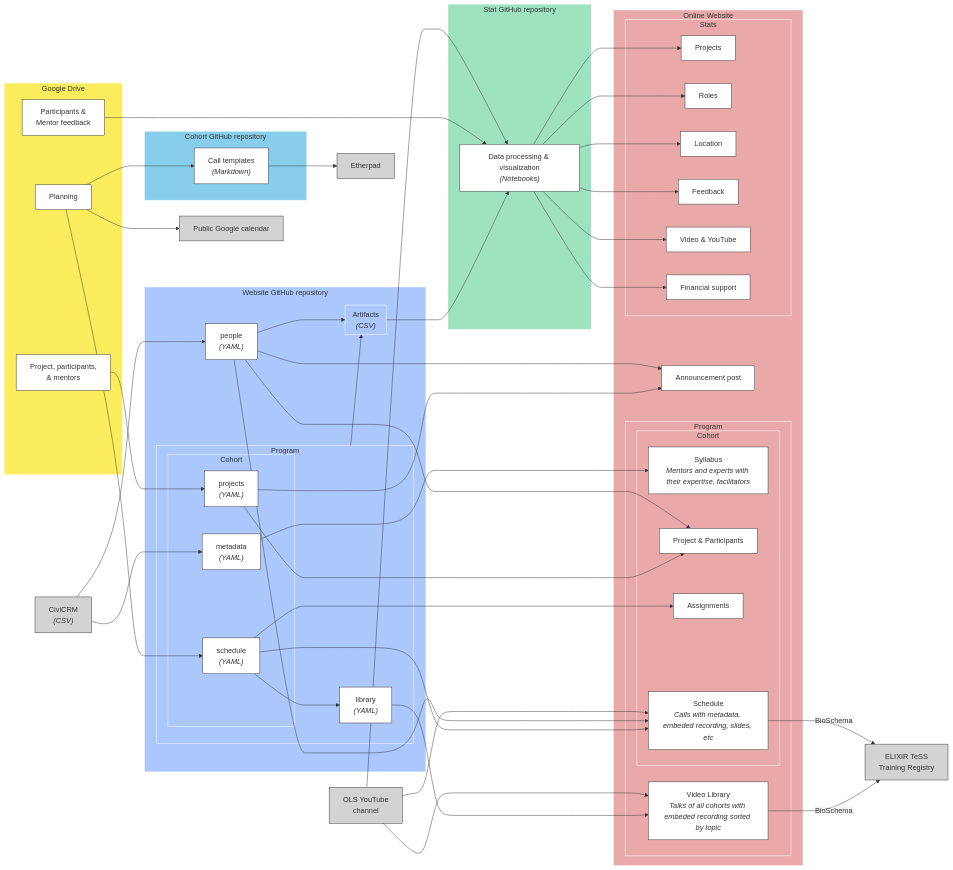
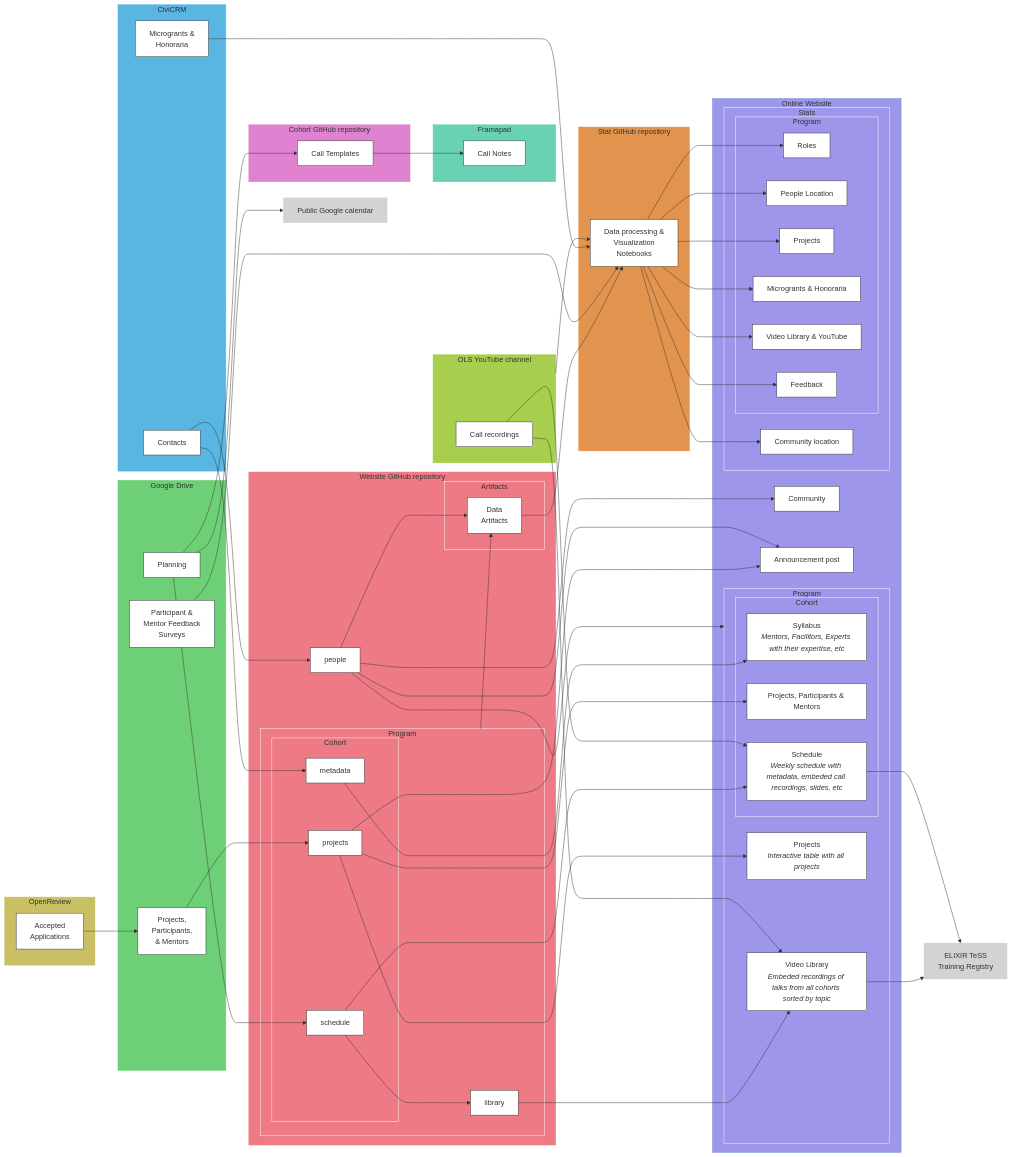
One commit to open-life-science/open-life-science.github.io changed the third of 4 diagrams in knowledge_management.md. Above: the diagram before and after it, drawn with Mermaid. The commit also changed other lines of this file, not shown here.

Commit message:
Update title levels and KMS schemas

```diff
--- a/knowledge_management.md
+++ b/knowledge_management.md
@@ -191,116 +191,141 @@
 
 flowchart LR
     classDef cohort fill:#fff,stroke:#333
-    classDef nonCohort fill:#d3d3d3,stroke:#333
+    classDef nonCohort fill:#d3d3d3,stroke:#d3d3d3
 
-    civiPeople["`CiviCRM 
-    *(CSV)*`"]:::nonCohort
-    etherpad["`Etherpad`"]:::nonCohort
     teSS["`ELIXIR TeSS 
     Training Registry`"]:::nonCohort
-    youtube["`OLS YouTube 
-    channel`"]:::nonCohort
     calendar["Public Google calendar"]:::nonCohort
 
+    subgraph openReview["`OpenReview`"]
+        applications["`Accepted
+        Applications`"]:::cohort
+    end
+    style openReview fill:#c9c065,stroke:#c9c065
+
+    subgraph civi["CiviCRM"]
+        micrograntHonorariaCivi["`Microgrants & 
+        Honoraria`"]:::cohort
+        peopleCivi["Contacts"]:::cohort
+    end
+    style civi fill:#59b5e2,stroke:#59b5e2
+
     subgraph drive["Google Drive"]
-        participantSheet["`Project, participants, 
-        & mentors`"]:::cohort
+        participantSheet["`Projects, 
+        Participants, 
+        & Mentors`"]:::cohort
         planningSheet["Planning"]:::cohort
-        feedbackCSV["`Participants & 
-        Mentor feedback`"]:::cohort
+        feedbackCSV["`Participant &
+        Mentor Feedback
+        Surveys`"]:::cohort
     end
-    style drive fill:#fbec5d,stroke:#fbec5d
+    style drive fill:#6dd076,stroke:#6dd076
 
     subgraph github["Website GitHub repository"]
-        peopleYAML["`people 
-        *(YAML)*`"]:::cohort
+        peopleYAML["people"]:::cohort
         subgraph githubProgram["Program"]
-            libraryYAML["`library 
-            *(YAML)*`"]:::cohort
+            libraryYAML["library"]:::cohort
             subgraph githubCohort["Cohort"]
-                projectYAML["`projects 
-                *(YAML)*`"]:::cohort
-                scheduleYAML["`schedule 
-                *(YAML)*`"]:::cohort
-                metadataYAML["`metadata 
-                *(YAML)*`"]:::cohort
+                projectYAML["projects"]:::cohort
+                scheduleYAML["schedule"]:::cohort
+                metadataYAML["metadata"]:::cohort
             end
-            style githubCohort fill:#abc7fb,stroke:#fff
+            style githubCohort fill:#ed7a84,stroke:#fff
         end
-        style githubProgram fill:#abc7fb,stroke:#fff
-        subgraph artifact["`Artifacts
-        *(CSV)*`"]
+        style githubProgram fill:#ed7a84,stroke:#fff
+        subgraph artifact["Artifacts"]
+            artifactCSV["`Data
+            Artifacts`"]:::cohort
         end
-        style artifact fill:#abc7fb,stroke:#fff
+        style artifact fill:#ed7a84,stroke:#fff
     end
-    style github fill:#abc7fb,stroke:#abc7fb
+    style github fill:#ed7a84,stroke:#ed7a84
 
     subgraph cohortGithub["Cohort GitHub repository"]
-        callTemplates["`Call templates 
-        *(Markdown)*`"]:::cohort
+        callTemplates["Call Templates"]:::cohort
     end
-    style cohortGithub fill:#87ceeb,stroke:#87ceeb
+    style cohortGithub fill:#df82d0,stroke:#df82d0
+
+    subgraph etherpad["`Framapad`"]
+        callNotes["Call Notes"]:::cohort
+    end
+    style etherpad fill:#69d2b4,stroke:#69d2b4
 
     subgraph statGithub["Stat GitHub repository"]
-        notebooks["`Data processing & visualization
-        *(Notebooks)*`"]:::cohort
+        notebooks["`Data processing & 
+        Visualization
+        Notebooks`"]:::cohort
     end
-    style statGithub fill:#9fe2bf,stroke:#9fe2bf
+    style statGithub fill:#e2944e,stroke:#e2944e
+
+    subgraph youtube["`OLS YouTube channel`"]
+        recording["Call recordings"]:::cohort
+    end
+    style youtube fill:#a7cf4d,stroke:#a7cf4d
 
     subgraph website["Online Website"]
+        communityHTML["Community"]:::cohort
+        style websiteProgram fill:#9d96ea,stroke:#fff
         postHTML["`Announcement post`"]:::cohort
         subgraph websiteProgram["Program"]
             libraryHTML["`Video Library
-            _Talks of all cohorts with embeded recording sorted by topic_`"]:::cohort
+            _Embeded recordings of talks from all cohorts sorted by topic_`"]:::cohort
+            allProjectHTML["`Projects
+            _Interactive table with all projects_`"]:::cohort
             subgraph websiteCohort["Cohort"]
                 syllabusHTML["`Syllabus
-                _Mentors and experts with their expertise, facilitators_`"]:::cohort
-                projectHTML["`Project & Participants`"]:::cohort
-                assignmentHTML["`Assignments`"]:::cohort
+                _Mentors, Facilitors, Experts with their expertise, etc_`"]:::cohort
+                projectHTML["`Projects, Participants & Mentors`"]:::cohort
                 scheduleHTML["`Schedule
-                _Calls with metadata, embeded recording, slides, etc_`"]:::cohort
+                _Weekly schedule with metadata, embeded call recordings, slides, etc_`"]:::cohort
             end
-            style websiteCohort fill:#eaa9a9,stroke:#fff
+            style websiteCohort fill:#9d96ea,stroke:#fff
         end
-        style websiteProgram fill:#eaa9a9,stroke:#fff
         subgraph websiteStat["Stats"]
-            projectStatHTML["`Projects`"]:::cohort
-            rolesHTML["`Roles`"]:::cohort
-            locationHTML["`Location`"]:::cohort
-            feedbackHTML["`Feedback`"]:::cohort
-            videoHTML["`Video & YouTube`"]:::cohort
-            supportHTML["`Financial support`"]:::cohort
+            communityStatHTML["`Community location`"]:::cohort
+            subgraph statProgram["Program"]
+                rolesHTML["`Roles`"]:::cohort
+                locationHTML["`People Location`"]:::cohort
+                projectStatHTML["`Projects`"]:::cohort
+                supportHTML["`Microgrants & Honoraria`"]:::cohort
+                videoHTML["`Video Library & YouTube`"]:::cohort
+                feedbackHTML["`Feedback`"]:::cohort
+            end
+            style statProgram fill:#9d96ea,stroke:#fff
         end
-        style websiteStat fill:#eaa9a9,stroke:#fff
+        style websiteStat fill:#9d96ea,stroke:#fff
     end
-    style website fill:#eaa9a9,stroke:#eaa9a9
+    style website fill:#9d96ea,stroke:#6690ce
 
-    civiPeople --> peopleYAML
-    civiPeople --> metadataYAML
+    applications --> participantSheet
+    peopleCivi --> peopleYAML
+    peopleCivi --> metadataYAML
     participantSheet --> projectYAML
     planningSheet --> scheduleYAML
     planningSheet --> calendar
     scheduleYAML --> libraryYAML
     planningSheet --> callTemplates
-    callTemplates --> etherpad
+    callTemplates --> callNotes
     projectYAML --> postHTML
+    projectYAML --> allProjectHTML
     projectYAML --> projectHTML
     scheduleYAML --> scheduleHTML
     libraryYAML --> libraryHTML
-    scheduleYAML --> assignmentHTML
+    peopleYAML --> communityHTML
     peopleYAML --> postHTML
-    peopleYAML --> projectHTML
-    peopleYAML --> scheduleHTML
+    peopleYAML --> websiteProgram
+    peopleYAML --> artifactCSV
     metadataYAML --> syllabusHTML
-    libraryHTML -- BioSchema --> teSS
-    scheduleHTML -- BioSchema --> teSS
-    youtube --> scheduleHTML
-    youtube --> libraryHTML
-    peopleYAML --> artifact
-    githubProgram --> artifact
-    artifact --> notebooks
+    libraryHTML --> teSS
+    scheduleHTML --> teSS
+    recording --> scheduleHTML
+    recording --> libraryHTML
+    githubProgram --> artifactCSV
+    artifactCSV --> notebooks
     feedbackCSV --> notebooks
     youtube --> notebooks
+    micrograntHonorariaCivi  --> notebooks
+    notebooks --> communityStatHTML
     notebooks --> projectStatHTML
     notebooks --> rolesHTML
     notebooks --> locationHTML
```
